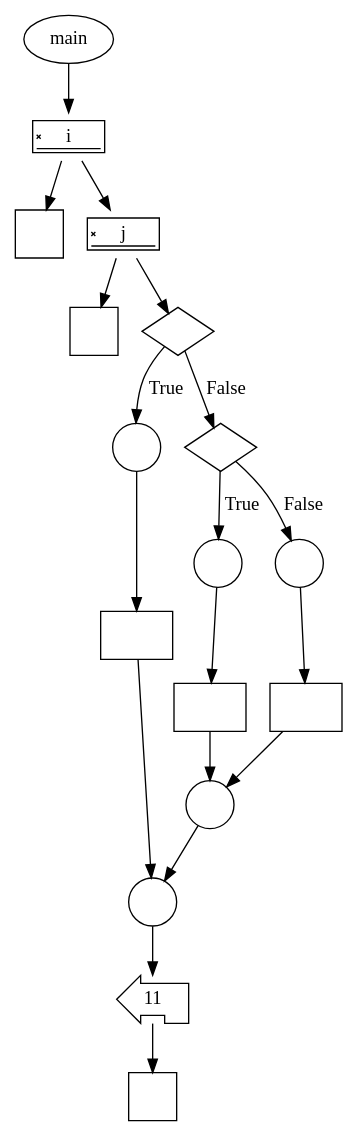
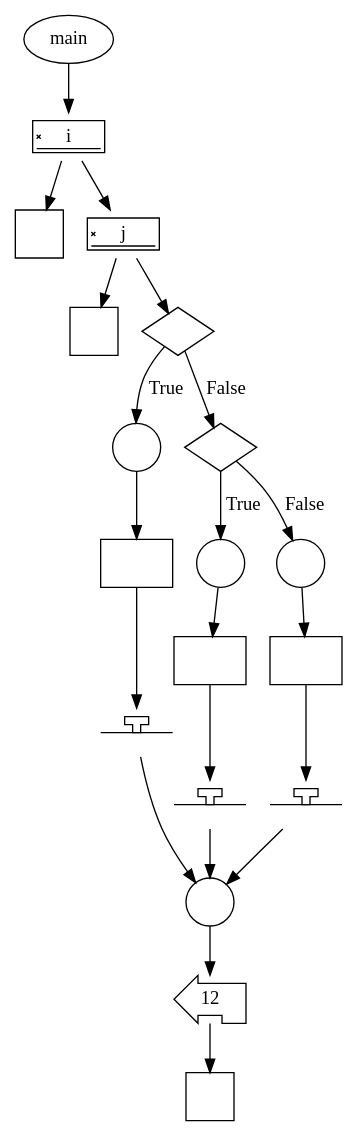
The diagram in data/ifstatement/ifstatement.dot (gakkungithub/rpg-aquatan-C), drawn with Graphviz before and after one commit. The commit also changed 26 other files, not shown here.

```diff
--- a/data/ifstatement/ifstatement.dot
+++ b/data/ifstatement/ifstatement.dot
@@ -1,115 +1,127 @@
 digraph {
 	graph [bb="0,0,243,832"];
 	node [label="\N"];
-	"e5eafd27-d66f-4f9f-851d-4e41347e6f75"	[height=0.5,
+	"4340a906-6b5c-46b4-adf7-a2cd8de3b340"	[height=0.5,
 		label=main,
 		pos="30,814",
 		shape=ellipse,
 		width=0.82932];
-	"3b7b984e-c279-4dd2-b479-6c7ac9571698"	[height=0.5,
+	"a0d85cb7-850f-4027-b3a7-3b485fe459ea"	[height=0.5,
 		label=i,
 		pos="30,741",
 		shape=signature,
 		width=0.75];
-	"e5eafd27-d66f-4f9f-851d-4e41347e6f75" -> "3b7b984e-c279-4dd2-b479-6c7ac9571698"	[pos="e,30,759.03 30,795.81 30,788.23 30,779.1 30,770.54"];
-	"91ef526a-4fae-4a3d-936d-33a975a66b44"	[height=0.5,
+	"4340a906-6b5c-46b4-adf7-a2cd8de3b340" -> "a0d85cb7-850f-4027-b3a7-3b485fe459ea"	[pos="e,30,759.03 30,795.81 30,788.23 30,779.1 30,770.54"];
+	"67cb9cfe-631c-4b6f-9b97-4c8bd11ee684"	[height=0.5,
 		label="",
 		pos="18,668",
 		shape=square,
 		width=0.5];
-	"3b7b984e-c279-4dd2-b479-6c7ac9571698" -> "91ef526a-4fae-4a3d-936d-33a975a66b44"	[pos="e,20.878,686.03 27.095,722.81 25.798,715.14 24.235,705.89 22.774,697.24"];
-	"de355895-2e17-4d95-80ec-2efffd4e6d67"	[height=0.5,
+	"a0d85cb7-850f-4027-b3a7-3b485fe459ea" -> "67cb9cfe-631c-4b6f-9b97-4c8bd11ee684"	[pos="e,20.878,686.03 27.095,722.81 25.798,715.14 24.235,705.89 22.774,697.24"];
+	"8f405f30-9653-4ef9-a93f-7b8b7ae5fa2c"	[height=0.5,
 		label=j,
 		pos="81,668",
 		shape=signature,
 		width=0.75];
-	"3b7b984e-c279-4dd2-b479-6c7ac9571698" -> "de355895-2e17-4d95-80ec-2efffd4e6d67"	[pos="e,68.768,686.03 42.346,722.81 48.297,714.53 55.564,704.41 62.185,695.19"];
-	"5517caa6-30b4-489f-a6cf-4bef7ecec509"	[height=0.5,
+	"a0d85cb7-850f-4027-b3a7-3b485fe459ea" -> "8f405f30-9653-4ef9-a93f-7b8b7ae5fa2c"	[pos="e,68.768,686.03 42.346,722.81 48.297,714.53 55.564,704.41 62.185,695.19"];
+	"bf3999c1-1382-49b5-a97b-32d9a7566bf3"	[height=0.5,
 		label="",
 		pos="59,595",
 		shape=square,
 		width=0.5];
-	"de355895-2e17-4d95-80ec-2efffd4e6d67" -> "5517caa6-30b4-489f-a6cf-4bef7ecec509"	[pos="e,64.277,613.03 75.674,649.81 73.269,642.05 70.366,632.68 67.661,623.95"];
-	"710b5b84-6a05-4c60-9ef5-25d1f0c36078"	[height=0.5,
+	"8f405f30-9653-4ef9-a93f-7b8b7ae5fa2c" -> "bf3999c1-1382-49b5-a97b-32d9a7566bf3"	[pos="e,64.277,613.03 75.674,649.81 73.269,642.05 70.366,632.68 67.661,623.95"];
+	"429b20bd-f3c3-4219-b410-b092d405f594"	[height=0.5,
 		label="",
 		pos="122,595",
 		shape=diamond,
 		width=0.75];
-	"de355895-2e17-4d95-80ec-2efffd4e6d67" -> "710b5b84-6a05-4c60-9ef5-25d1f0c36078"	[pos="e,114.86,608.36 90.925,649.81 96.413,640.31 103.29,628.39 109.18,618.19"];
-	"f8c8e9cc-5f95-41ba-bf2b-76390ec70869"	[height=0.5,
+	"8f405f30-9653-4ef9-a93f-7b8b7ae5fa2c" -> "429b20bd-f3c3-4219-b410-b092d405f594"	[pos="e,114.86,608.36 90.925,649.81 96.413,640.31 103.29,628.39 109.18,618.19"];
+	"1e2e5768-e151-46b2-8a8d-f2796ea71cac"	[height=0.5,
 		label="",
 		pos="89,506.5",
 		shape=circle,
 		width=0.5];
-	"710b5b84-6a05-4c60-9ef5-25d1f0c36078" -> "f8c8e9cc-5f95-41ba-bf2b-76390ec70869"	[label=True,
+	"429b20bd-f3c3-4219-b410-b092d405f594" -> "1e2e5768-e151-46b2-8a8d-f2796ea71cac"	[label=True,
 		lp="117.25,550.75",
 		pos="e,93.313,524.45 114.98,581.28 111.54,574.74 107.51,566.58 104.5,559 101.53,551.51 98.794,543.21 96.481,535.51"];
-	"64e18802-ae99-4bf3-8ed9-6f14e34a3ca1"	[height=0.5,
+	"325ab364-7408-4a24-8f2e-eb5424729e0e"	[height=0.5,
 		label="",
 		pos="152,506.5",
 		shape=diamond,
 		width=0.75];
-	"710b5b84-6a05-4c60-9ef5-25d1f0c36078" -> "64e18802-ae99-4bf3-8ed9-6f14e34a3ca1"	[label=False,
+	"429b20bd-f3c3-4219-b410-b092d405f594" -> "325ab364-7408-4a24-8f2e-eb5424729e0e"	[label=False,
 		lp="153.94,550.75",
 		pos="e,147.14,521.52 126.95,579.72 131.41,566.87 138.05,547.71 143.38,532.35"];
-	"9599b05e-f996-4d4e-b9c7-aeac6751a33b"	[height=0.5,
+	"530c0452-7fe2-42a0-8809-3125e9695237"	[height=0.5,
 		label="",
-		pos="89,364",
+		pos="89,418",
 		shape=rect,
 		width=0.75];
-	"f8c8e9cc-5f95-41ba-bf2b-76390ec70869" -> "9599b05e-f996-4d4e-b9c7-aeac6751a33b"	[pos="e,89,382.37 89,488.27 89,464.68 89,422 89,393.58"];
-	"63fe9a13-2510-4bb8-a2f2-913cc2da8770"	[height=0.5,
+	"1e2e5768-e151-46b2-8a8d-f2796ea71cac" -> "530c0452-7fe2-42a0-8809-3125e9695237"	[pos="e,89,436.35 89,488.41 89,476.76 89,461.05 89,447.52"];
+	"65ac7eb2-7dcc-40cc-9437-c70756a061d6"	[height=0.5,
 		label="",
-		pos="101,164",
+		pos="89,291",
+		shape=terminator,
+		width=0.75];
+	"530c0452-7fe2-42a0-8809-3125e9695237" -> "65ac7eb2-7dcc-40cc-9437-c70756a061d6"	[pos="e,89,309.23 89,399.62 89,379.19 89,344.99 89,320.62"];
+	"9a53ad30-98b2-48ec-bee4-3bcb09329b4f"	[height=0.5,
+		label="",
+		pos="144,164",
 		shape=circle,
 		width=0.5];
-	"9599b05e-f996-4d4e-b9c7-aeac6751a33b" -> "63fe9a13-2510-4bb8-a2f2-913cc2da8770"	[pos="e,99.95,182.33 90.044,345.78 92.11,311.69 96.736,235.35 99.266,193.6"];
-	"16202185-2500-417a-953c-72d21e349fd2"	[height=0.5,
-		label=11,
-		pos="101,91",
+	"65ac7eb2-7dcc-40cc-9437-c70756a061d6" -> "9a53ad30-98b2-48ec-bee4-3bcb09329b4f"	[pos="e,133.2,178.48 92.018,272.53 94.945,257.82 100.11,236.44 108,219 112.91,208.14 119.91,197.04 126.43,187.75"];
+	"079461e8-e99f-4e6a-9351-e9075cfa50f6"	[height=0.5,
+		label="",
+		pos="152,418",
+		shape=circle,
+		width=0.5];
+	"325ab364-7408-4a24-8f2e-eb5424729e0e" -> "079461e8-e99f-4e6a-9351-e9075cfa50f6"	[label=True,
+		lp="164.75,462.25",
+		pos="e,152,436.48 152,488 152,476.51 152,461.2 152,447.93"];
+	"5cc6f0a6-f539-4b9b-8851-55e472c76281"	[height=0.5,
+		label="",
+		pos="211,418",
+		shape=circle,
+		width=0.5];
+	"325ab364-7408-4a24-8f2e-eb5424729e0e" -> "5cc6f0a6-f539-4b9b-8851-55e472c76281"	[label=False,
+		lp="205.06,462.25",
+		pos="e,202.97,434.28 161.89,494.52 167.74,487.8 175.13,478.91 181,470.5 186.81,462.18 192.58,452.67 197.48,444.11"];
+	"9189ff68-acd7-430f-935f-06795b2c1e7e"	[height=0.5,
+		label="",
+		pos="144,345",
+		shape=rect,
+		width=0.75];
+	"079461e8-e99f-4e6a-9351-e9075cfa50f6" -> "9189ff68-acd7-430f-935f-06795b2c1e7e"	[pos="e,145.92,363.03 150.06,399.81 149.2,392.14 148.16,382.89 147.18,374.24"];
+	"11430caf-246e-42d1-8ad9-9098172aee99"	[height=0.5,
+		label="",
+		pos="144,237",
+		shape=terminator,
+		width=0.75];
+	"9189ff68-acd7-430f-935f-06795b2c1e7e" -> "11430caf-246e-42d1-8ad9-9098172aee99"	[pos="e,144,255.34 144,326.97 144,310.76 144,286.06 144,266.79"];
+	"11430caf-246e-42d1-8ad9-9098172aee99" -> "9a53ad30-98b2-48ec-bee4-3bcb09329b4f"	[pos="e,144,182.03 144,218.81 144,211.23 144,202.1 144,193.54"];
+	"2ad6501a-81e8-4cd5-853e-a27bb5e6db85"	[height=0.5,
+		label="",
+		pos="216,345",
+		shape=rect,
+		width=0.75];
+	"5cc6f0a6-f539-4b9b-8851-55e472c76281" -> "2ad6501a-81e8-4cd5-853e-a27bb5e6db85"	[pos="e,214.8,363.03 212.21,399.81 212.75,392.14 213.4,382.89 214.01,374.24"];
+	"f2e09753-a1f6-4b17-ab4d-46cc37a67571"	[height=0.5,
+		label="",
+		pos="216,237",
+		shape=terminator,
+		width=0.75];
+	"2ad6501a-81e8-4cd5-853e-a27bb5e6db85" -> "f2e09753-a1f6-4b17-ab4d-46cc37a67571"	[pos="e,216,255.34 216,326.97 216,310.76 216,286.06 216,266.79"];
+	"f2e09753-a1f6-4b17-ab4d-46cc37a67571" -> "9a53ad30-98b2-48ec-bee4-3bcb09329b4f"	[pos="e,156.53,177.36 198.57,218.81 188.32,208.71 175.32,195.88 164.57,185.28"];
+	"238fac9b-0b99-49b7-86fc-77e4f2508699"	[height=0.5,
+		label=12,
+		pos="144,91",
 		shape=lpromoter,
 		width=0.75];
-	"63fe9a13-2510-4bb8-a2f2-913cc2da8770" -> "16202185-2500-417a-953c-72d21e349fd2"	[pos="e,101,109.03 101,145.81 101,138.23 101,129.1 101,120.54"];
-	"3d68cb7b-48e5-4322-86c8-83a23a7829b0"	[height=0.5,
+	"9a53ad30-98b2-48ec-bee4-3bcb09329b4f" -> "238fac9b-0b99-49b7-86fc-77e4f2508699"	[pos="e,144,109.03 144,145.81 144,138.23 144,129.1 144,120.54"];
+	"33295829-33c4-434a-9a6f-2b24489db090"	[height=0.5,
 		label="",
-		pos="150,418",
-		shape=circle,
-		width=0.5];
-	"64e18802-ae99-4bf3-8ed9-6f14e34a3ca1" -> "3d68cb7b-48e5-4322-86c8-83a23a7829b0"	[label=True,
-		lp="163.93,462.25",
-		pos="e,150.4,436.35 151.6,488.41 151.34,476.76 150.97,461.05 150.66,447.52"];
-	"4058a74d-a551-4cc3-bcbd-b5ba8127fa52"	[height=0.5,
-		label="",
-		pos="213,418",
-		shape=circle,
-		width=0.5];
-	"64e18802-ae99-4bf3-8ed9-6f14e34a3ca1" -> "4058a74d-a551-4cc3-bcbd-b5ba8127fa52"	[label=False,
-		lp="204.7,462.25",
-		pos="e,204.15,433.7 161.39,494.38 166.97,487.62 174.1,478.72 180,470.5 186.23,461.82 192.66,452 198.17,443.29"];
-	"3f9a7540-c4ca-4010-9069-5970a04c7263"	[height=0.5,
-		label="",
-		pos="144,310",
-		shape=rect,
-		width=0.75];
-	"3d68cb7b-48e5-4322-86c8-83a23a7829b0" -> "3f9a7540-c4ca-4010-9069-5970a04c7263"	[pos="e,144.98,328.34 149.04,399.97 148.12,383.76 146.72,359.06 145.63,339.79"];
-	"78608fe8-9e26-4927-adea-0068294382ec"	[height=0.5,
-		label="",
-		pos="144,237",
-		shape=circle,
-		width=0.5];
-	"3f9a7540-c4ca-4010-9069-5970a04c7263" -> "78608fe8-9e26-4927-adea-0068294382ec"	[pos="e,144,255.03 144,291.81 144,284.23 144,275.1 144,266.54"];
-	"78608fe8-9e26-4927-adea-0068294382ec" -> "63fe9a13-2510-4bb8-a2f2-913cc2da8770"	[pos="e,110.11,180.04 134.88,220.94 129.41,211.91 122.31,200.19 116.03,189.81"];
-	"9be5a78a-1b21-4bcc-a438-bec8d9b0adf6"	[height=0.5,
-		label="",
-		pos="216,310",
-		shape=rect,
-		width=0.75];
-	"4058a74d-a551-4cc3-bcbd-b5ba8127fa52" -> "9be5a78a-1b21-4bcc-a438-bec8d9b0adf6"	[pos="e,215.51,328.34 213.48,399.97 213.94,383.76 214.64,359.06 215.19,339.79"];
-	"9be5a78a-1b21-4bcc-a438-bec8d9b0adf6" -> "78608fe8-9e26-4927-adea-0068294382ec"	[pos="e,156.53,250.36 198.57,291.81 188.32,281.71 175.32,268.88 164.57,258.28"];
-	"a2dbbc5d-625c-40d4-8652-95a00825d07b"	[height=0.5,
-		label="",
-		pos="101,18",
+		pos="144,18",
 		shape=square,
 		width=0.5];
-	"16202185-2500-417a-953c-72d21e349fd2" -> "a2dbbc5d-625c-40d4-8652-95a00825d07b"	[pos="e,101,36.029 101,72.813 101,65.226 101,56.101 101,47.539"];
+	"238fac9b-0b99-49b7-86fc-77e4f2508699" -> "33295829-33c4-434a-9a6f-2b24489db090"	[pos="e,144,36.029 144,72.813 144,65.226 144,56.101 144,47.539"];
 }
```
